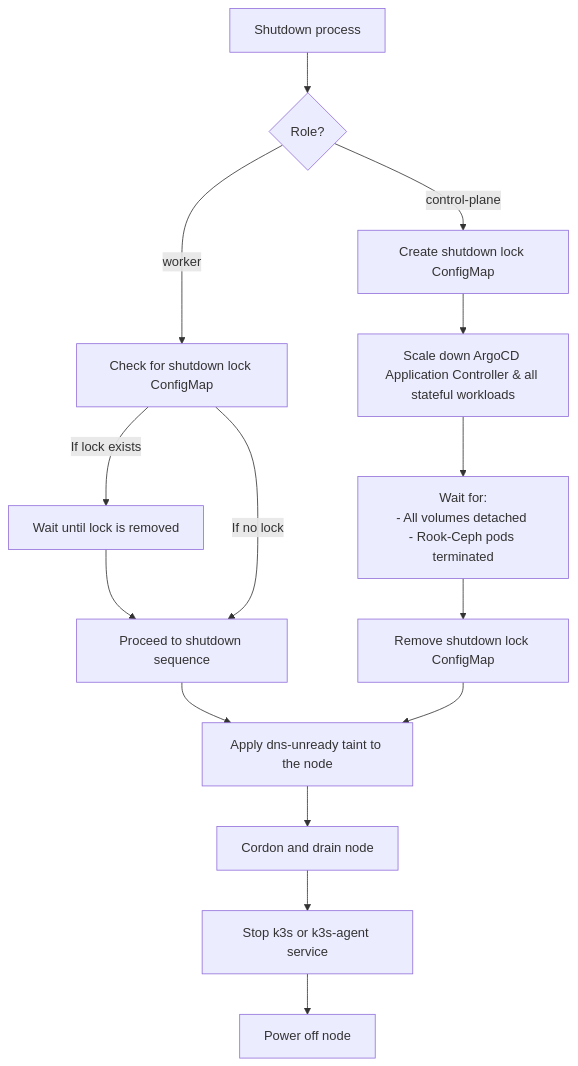
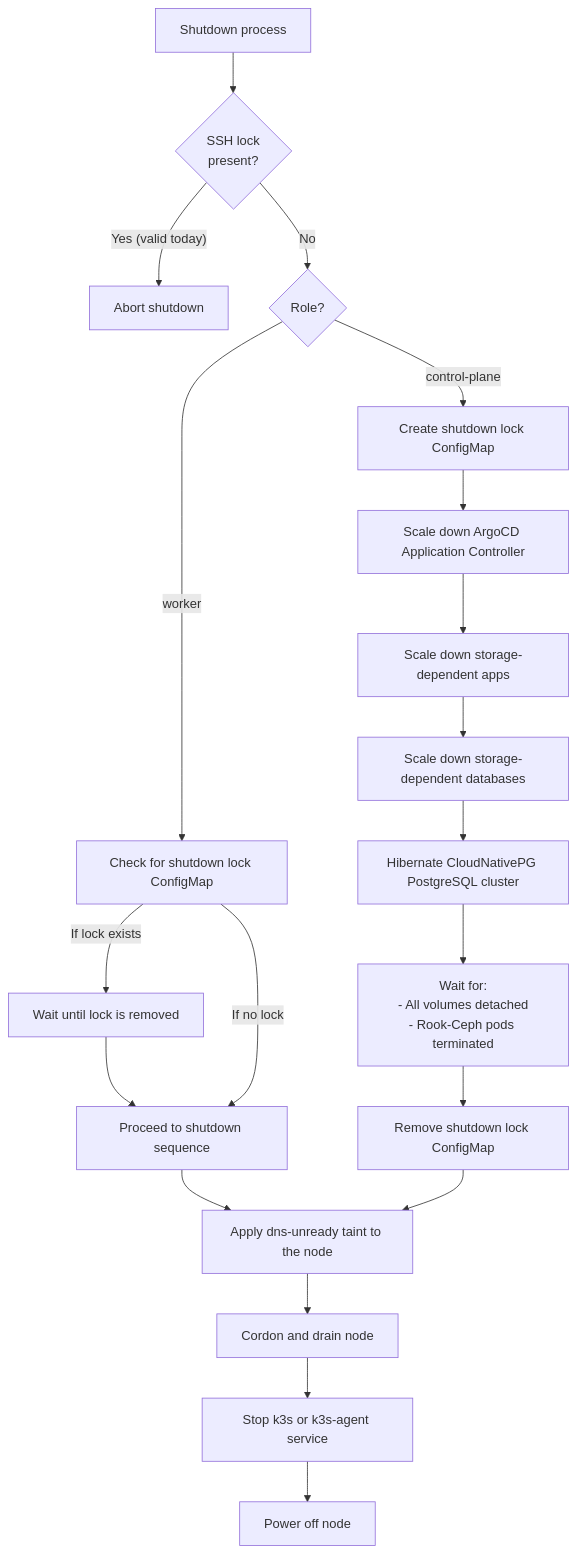
Before and after one commit to Schwitzd/IaC-HomeK3s: the second of 3 diagrams in README.md, drawn with Mermaid. The commit also changed other lines of this file, not shown here.

````diff
--- a/README.md
+++ b/README.md
@@ -428,16 +604,26 @@
 ```mermaid
 flowchart TD
-  A[Shutdown process] --> B{Role?}
-  B -- "control-plane" --> C[Create shutdown lock ConfigMap]
-  B -- "worker" --> D[Check for shutdown lock ConfigMap]
-  D -- "If lock exists" --> E[Wait until lock is removed]
-  E --> F[Proceed to shutdown sequence]
-  D -- "If no lock" --> F
-  C --> G[Scale down ArgoCD Application Controller & all stateful workloads]
-  G --> H[Wait for:<br>- All volumes detached <br>- Rook-Ceph pods terminated]
-  H --> I[Remove shutdown lock ConfigMap]
-  F & I --> J1[Apply dns-unready taint to the node]
-  J1 --> K[Cordon and drain node]
-  K --> L[Stop k3s or k3s-agent service]
-  L --> M[Power off node]
+  A[Shutdown process] --> B{SSH lock <br/>present?}
+  B -- "Yes (valid today)" --> Z[Abort shutdown]
+  B -- "No" --> C{Role?}
+
+  C -- "control-plane" --> D[Create shutdown lock ConfigMap]
+  C -- "worker" --> E[Check for shutdown lock ConfigMap]
+  E -- "If lock exists" --> F[Wait until lock is removed]
+  F --> G[Proceed to shutdown sequence]
+  E -- "If no lock" --> G
+
+  D --> H[Scale down ArgoCD Application Controller]
+  H --> I[Scale down storage-dependent apps]
+  I --> J[Scale down storage-dependent databases]
+  J --> K[Hibernate CloudNativePG PostgreSQL cluster]
+
+  K --> L[Wait for:<br/>- All volumes detached<br/>- Rook-Ceph pods terminated]
+  L --> M[Remove shutdown lock ConfigMap]
+
+  G & M --> N[Apply dns-unready taint to the node]
+  N --> O[Cordon and drain node]
+  O --> P[Stop k3s or k3s-agent service]
+  P --> Q[Power off node]
+
 ```
````
